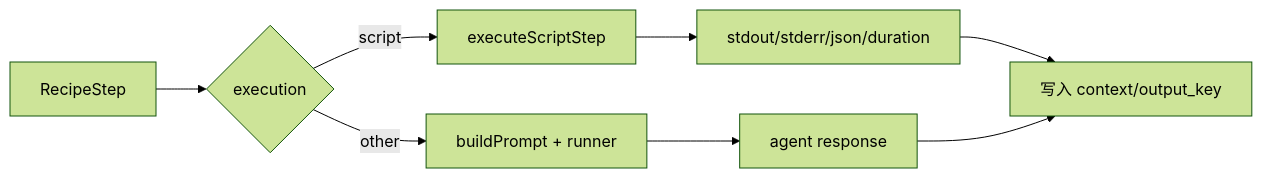
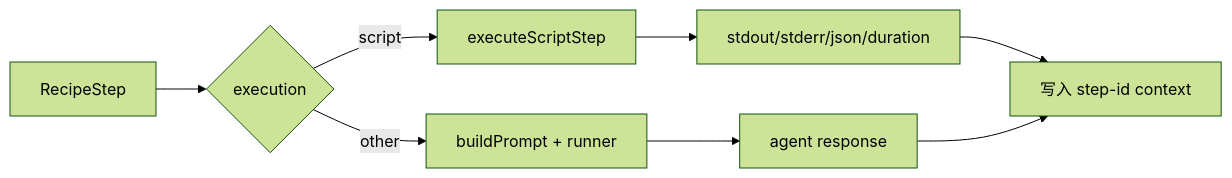
Before and after one commit to sjzsdu/tt: the seventh of 8 diagrams in ai-docs/formula-system.md, drawn with Mermaid (forest theme). The commit also changed other lines of this file and 21 other files, not shown here.

````diff
--- a/ai-docs/formula-system.md
+++ b/ai-docs/formula-system.md
@@ -271,10 +271,10 @@
 ```mermaid
 flowchart LR
     A[RecipeStep] --> B{execution}
     B -- script --> C[executeScriptStep]
     B -- other --> D[buildPrompt + runner]
     C --> E[stdout/stderr/json/duration]
     D --> F[agent response]
-    E --> G[写入 context/output_key]
+    E --> G[写入 step-id context]
     F --> G
 ```
````
